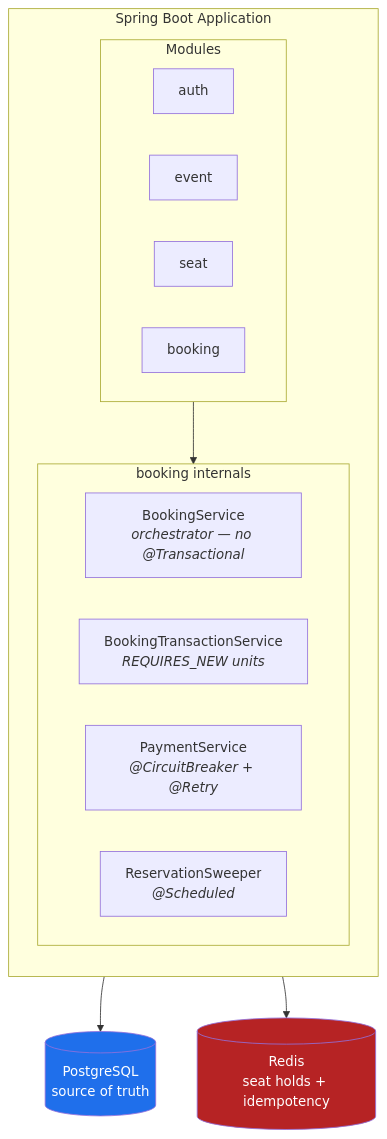
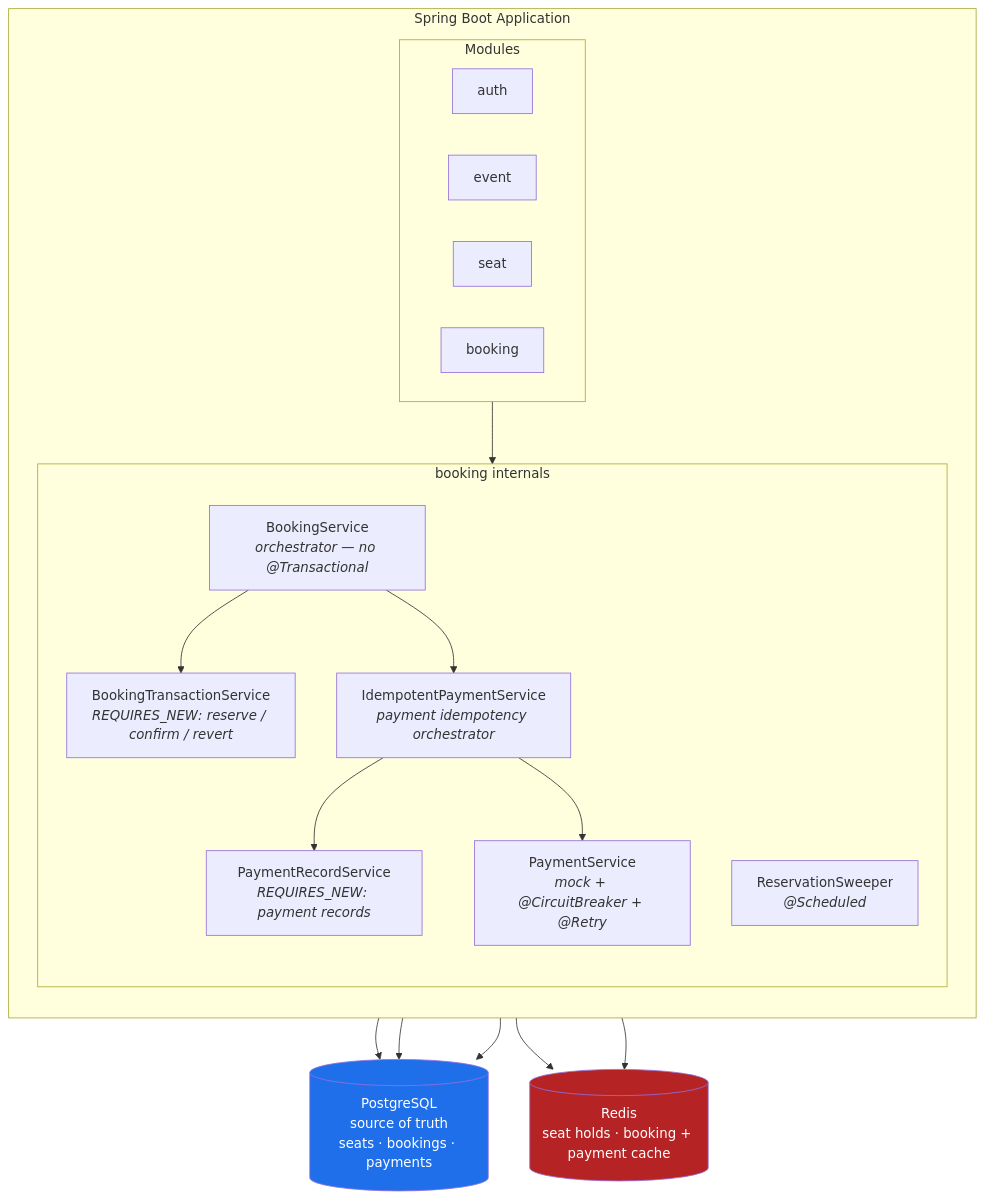
Before and after one commit to pranshu-2853/ticket-booking-system: the second of 8 diagrams in README.md, drawn with Mermaid. The commit also changed other lines of this file, not shown here.

Commit message:
docs: update README for payment idempotency

````diff
--- a/README.md
+++ b/README.md
@@ -80,29 +80,42 @@
 ```mermaid
 flowchart TB
+    PG[("PostgreSQL<br/>source of truth<br/>seats · bookings · payments")]
+    RD[("Redis<br/>seat holds · booking + payment cache")]
+
     subgraph app["Spring Boot Application"]
         direction TB
         subgraph mods["Modules"]
             direction LR
             AUTH["auth"]
             EVENT["event"]
             SEAT["seat"]
             BOOK["booking"]
         end
 
         subgraph booksvc["booking internals"]
-            direction LR
+            direction TB
             ORCH["BookingService<br/><i>orchestrator — no @Transactional</i>"]
-            TXN["BookingTransactionService<br/><i>REQUIRES_NEW units</i>"]
-            PAY["PaymentService<br/><i>@CircuitBreaker + @Retry</i>"]
+            TXN["BookingTransactionService<br/><i>REQUIRES_NEW: reserve / confirm / revert</i>"]
+            IPS["IdempotentPaymentService<br/><i>payment idempotency orchestrator</i>"]
+            PREC["PaymentRecordService<br/><i>REQUIRES_NEW: payment records</i>"]
+            PAY["PaymentService<br/><i>mock + @CircuitBreaker + @Retry</i>"]
             SWEEP["ReservationSweeper<br/><i>@Scheduled</i>"]
+
+            ORCH --> TXN
+            ORCH --> IPS
+            IPS --> PREC
+            IPS --> PAY
         end
 
         mods --> booksvc
     end
 
-    app --> PG[("PostgreSQL<br/>source of truth")]
-    app --> RD[("Redis<br/>seat holds + idempotency")]
+    TXN --> PG
+    PREC --> PG
+    SWEEP --> PG
+    TXN --> RD
+    IPS --> RD
 
     style PG fill:#1f6feb,color:#fff
     style RD fill:#b62324,color:#fff
 ```
````
